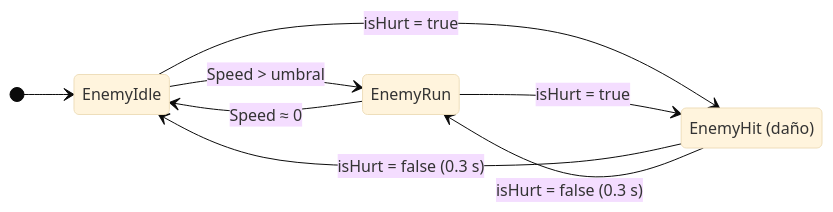
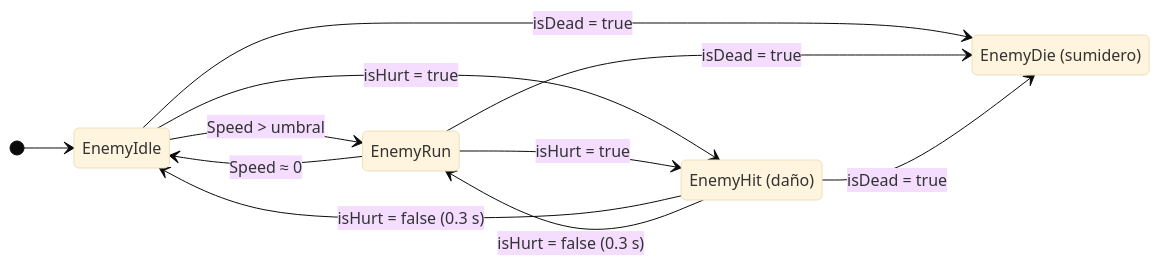
One commit to JP-Danix/Proyecto_lenguajes changed the second of 5 diagrams in README.md. Above: the diagram before and after it, drawn with Mermaid (base theme). The commit also changed other lines of this file and 6 other files, not shown here.

Commit message:
Animacion de muerte del enemigo: estado sumidero EnemyDie en la FSM (acciones de entrada, salida Moore, destruccion post-clip) + hoja Mushroom-Die

````diff
--- a/README.md
+++ b/README.md
@@ -198,18 +201,23 @@
 ```mermaid
 stateDiagram-v2
     direction LR
 
     state "EnemyIdle" as Idle
     state "EnemyRun" as Run
     state "EnemyHit (daño)" as Hit
+    state "EnemyDie (sumidero)" as EnemyDie
 
     [*] --> Idle
 
     Idle --> Run : Speed > umbral
     Run --> Idle : Speed ≈ 0
 
     Idle --> Hit : isHurt = true
     Run --> Hit : isHurt = true
     Hit --> Idle : isHurt = false (0.3 s)
     Hit --> Run : isHurt = false (0.3 s)
+
+    Idle --> EnemyDie : isDead = true
+    Run --> EnemyDie : isDead = true
+    Hit --> EnemyDie : isDead = true
 ```
````
